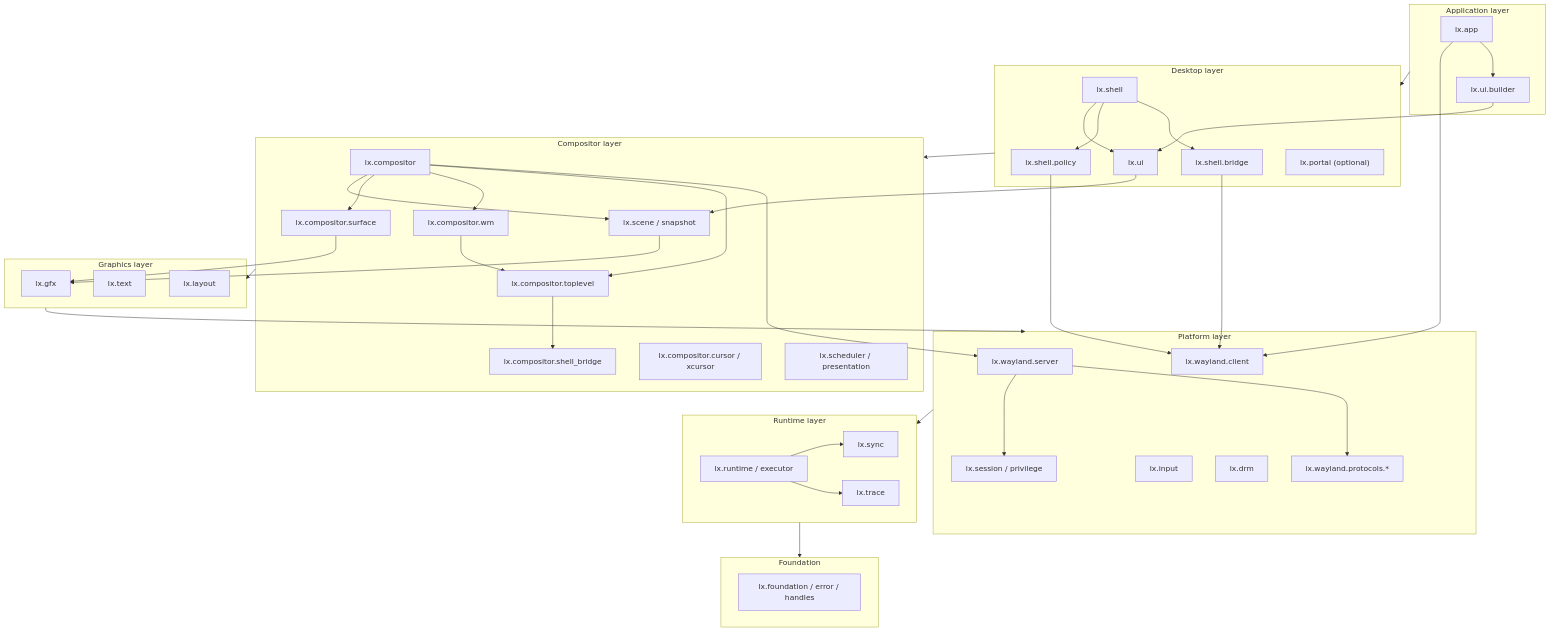
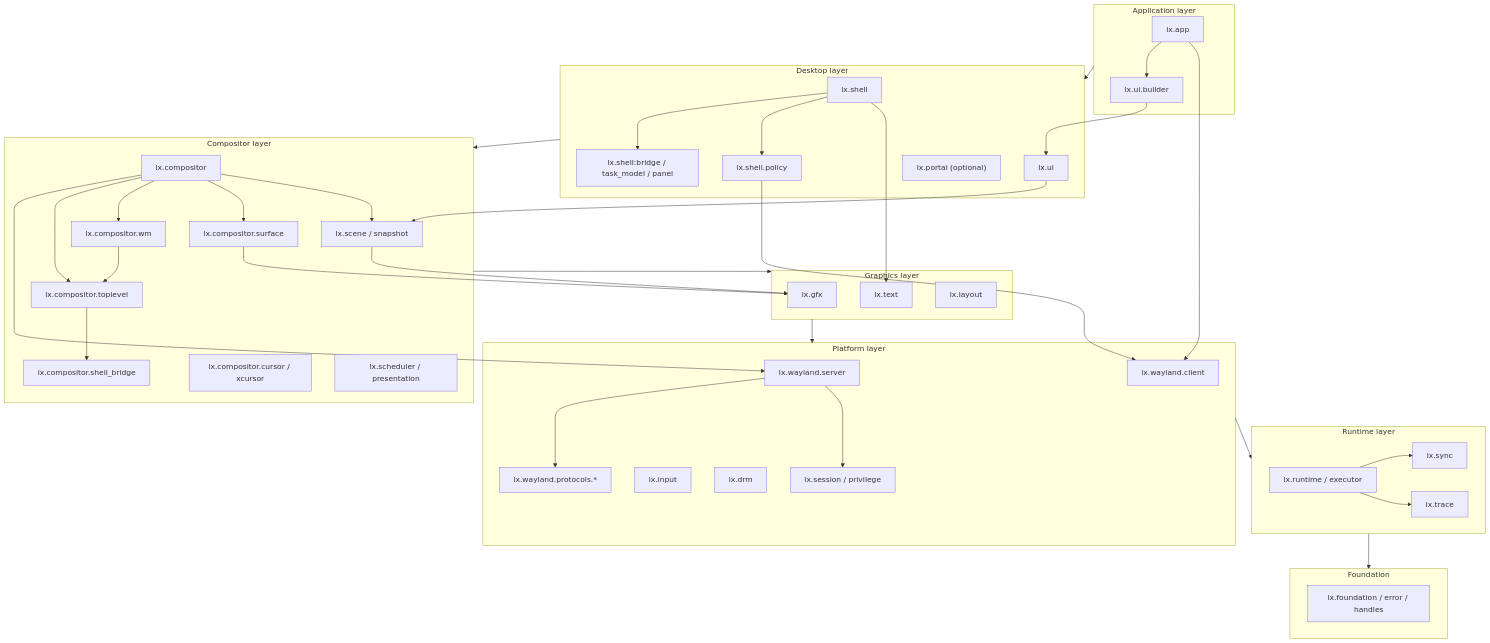
The second of 9 diagrams in docs/architecture.md (dimmus/lumen), drawn with Mermaid before and after one commit. The commit also changed other lines of this file and 57 other files, not shown here.

````diff
--- a/docs/architecture.md
+++ b/docs/architecture.md
@@ -155,72 +165,72 @@
 ```mermaid
 flowchart TB
     subgraph L6["Application layer"]
         APP["lx.app"]
         UIB["lx.ui.builder"]
     end
 
     subgraph L5["Desktop layer"]
         SH["lx.shell"]
-        SHB["lx.shell.bridge"]
+        SHB["lx.shell:bridge / task_model / panel"]
         SHP["lx.shell.policy"]
         UI["lx.ui"]
         PORTAL["lx.portal (optional)"]
     end
 
     subgraph L4["Compositor layer"]
         COMP["lx.compositor"]
         CTOP["lx.compositor.toplevel"]
         CWM["lx.compositor.wm"]
         CBR["lx.compositor.shell_bridge"]
         CSURF["lx.compositor.surface"]
         CCUR["lx.compositor.cursor / xcursor"]
         SCENE["lx.scene / snapshot"]
         SCHED["lx.scheduler / presentation"]
     end
 
     subgraph L3["Graphics layer"]
         GFX["lx.gfx"]
         TEXT["lx.text"]
         LAY["lx.layout"]
     end
 
     subgraph L2["Platform layer"]
         WLS["lx.wayland.server"]
         WLC["lx.wayland.client"]
         WLPR["lx.wayland.protocols.*"]
         INP["lx.input"]
         DRM["lx.drm"]
         SESS["lx.session / privilege"]
     end
 
     subgraph L1["Runtime layer"]
         RT["lx.runtime / executor"]
         SYNC["lx.sync"]
         TRACE["lx.trace"]
     end
 
     subgraph L0["Foundation"]
         FOUND["lx.foundation / error / handles"]
     end
 
     APP --> UIB --> UI
     APP --> WLC
-    SH --> SHB --> WLC
+    SH --> SHB
     SH --> SHP --> WLC
-    SH --> UI
+    SH --> TEXT
     COMP --> WLS --> WLPR
     COMP --> CTOP --> CBR
     COMP --> CWM --> CTOP
     COMP --> CSURF --> GFX
     COMP --> SCENE --> GFX
     UI --> SCENE
     WLS --> SESS
     RT --> SYNC
     RT --> TRACE
     L1 --> L0
     L2 --> L1
     L3 --> L2
     L4 --> L3
     L5 --> L4
     L6 --> L5
 ```
````
